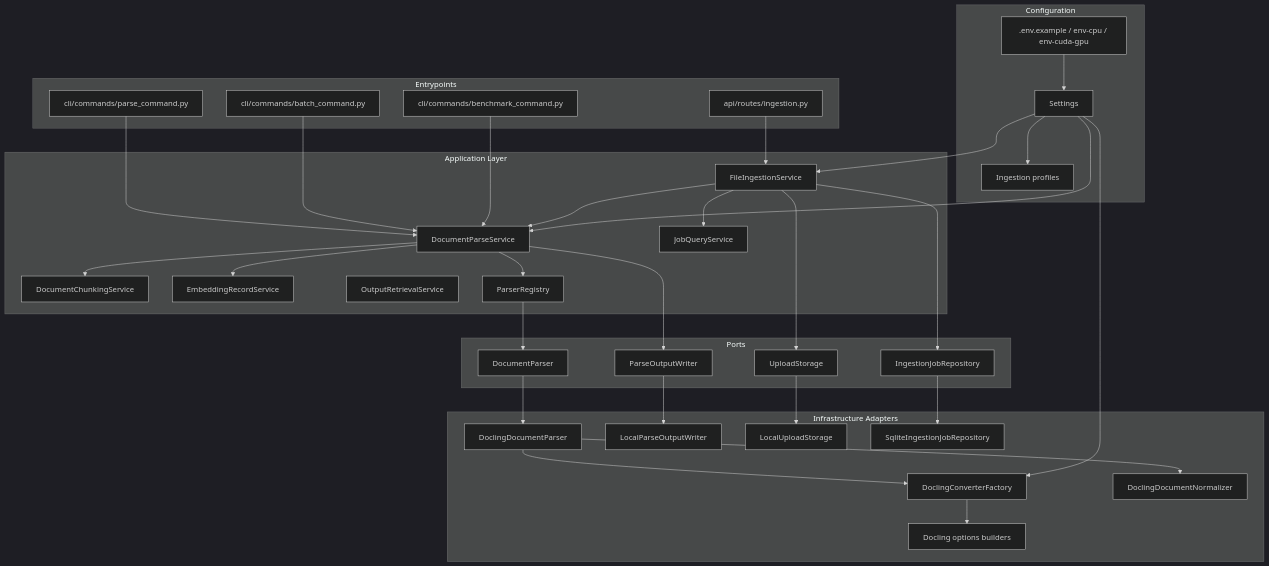
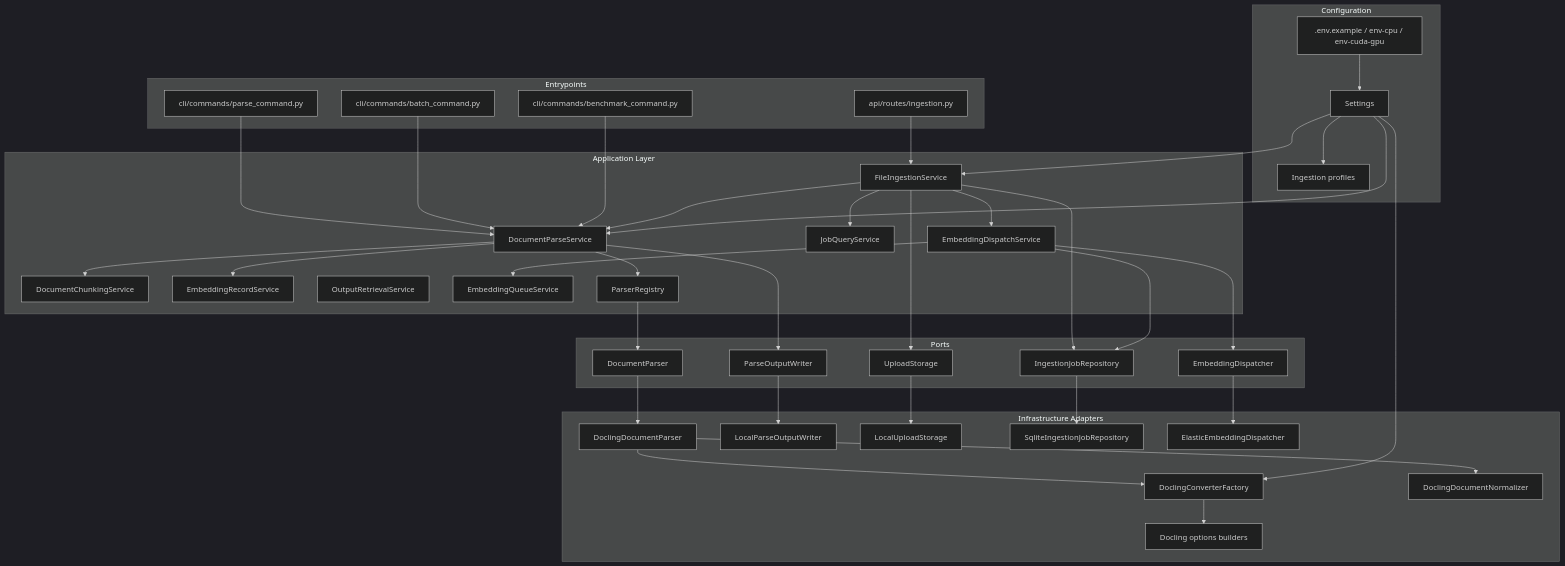
Before and after one commit to alrolo3/ingest-orquestator-service: the second of 7 diagrams in docs/architecture-diagram.md, drawn with Mermaid (dark theme). The commit also changed other lines of this file and 35 other files, not shown here.

Commit message:
Implement elastic embedding handoff

````diff
--- a/docs/architecture-diagram.md
+++ b/docs/architecture-diagram.md
@@ -25,73 +27,82 @@
 ```mermaid
 flowchart TB
     subgraph Entrypoints["Entrypoints"]
         FastAPI["api/routes/ingestion.py"]
         CLIParse["cli/commands/parse_command.py"]
         CLIBatch["cli/commands/batch_command.py"]
         CLIBenchmark["cli/commands/benchmark_command.py"]
     end
 
     subgraph Application["Application Layer"]
         FileIngestion["FileIngestionService"]
         ParseService["DocumentParseService"]
         Chunking["DocumentChunkingService"]
         Embedding["EmbeddingRecordService"]
         OutputRetrieval["OutputRetrievalService"]
         JobQuery["JobQueryService"]
+        EmbeddingQueue["EmbeddingQueueService"]
+        EmbeddingDispatch["EmbeddingDispatchService"]
         Registry["ParserRegistry"]
     end
 
     subgraph Ports["Ports"]
         ParserPort["DocumentParser"]
         WriterPort["ParseOutputWriter"]
         UploadPort["UploadStorage"]
         JobRepoPort["IngestionJobRepository"]
+        EmbeddingPort["EmbeddingDispatcher"]
     end
 
     subgraph Infrastructure["Infrastructure Adapters"]
         DoclingParser["DoclingDocumentParser"]
         ConverterFactory["DoclingConverterFactory"]
         DoclingOptions["Docling options builders"]
         Normalizer["DoclingDocumentNormalizer"]
         Writer["LocalParseOutputWriter"]
         Uploads["LocalUploadStorage"]
         SQLite["SqliteIngestionJobRepository"]
+        ElasticDispatch["ElasticEmbeddingDispatcher"]
     end
 
     subgraph Config["Configuration"]
         Settings["Settings"]
         Profiles["Ingestion profiles"]
         EnvFiles[".env.example / env-cpu / env-cuda-gpu"]
     end
 
     FastAPI --> FileIngestion
     CLIParse --> ParseService
     CLIBatch --> ParseService
     CLIBenchmark --> ParseService
 
     FileIngestion --> UploadPort
     FileIngestion --> JobRepoPort
     FileIngestion --> ParseService
+    FileIngestion --> EmbeddingDispatch
     FileIngestion --> JobQuery
 
     ParseService --> Registry
     ParseService --> Chunking
     ParseService --> Embedding
     ParseService --> WriterPort
 
     Registry --> ParserPort
     ParserPort --> DoclingParser
     WriterPort --> Writer
     UploadPort --> Uploads
     JobRepoPort --> SQLite
+    EmbeddingPort --> ElasticDispatch
+    EmbeddingDispatch --> EmbeddingQueue
+    EmbeddingDispatch --> EmbeddingPort
+    EmbeddingDispatch --> JobRepoPort
 
     DoclingParser --> ConverterFactory
     DoclingParser --> Normalizer
     ConverterFactory --> DoclingOptions
 
     Settings --> Profiles
     EnvFiles --> Settings
     Settings --> FileIngestion
     Settings --> ParseService
     Settings --> ConverterFactory
 ```
````
